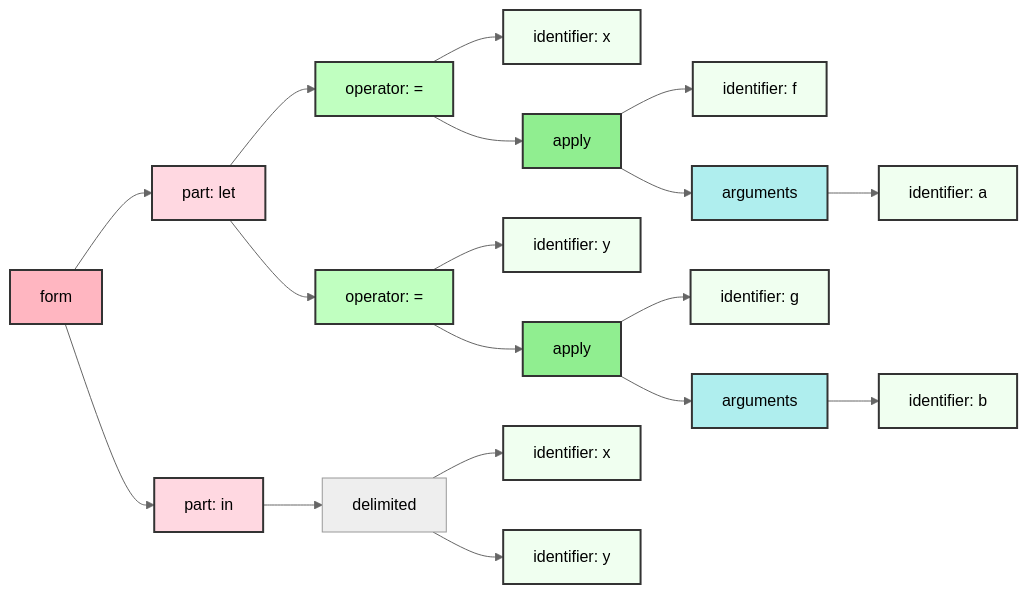
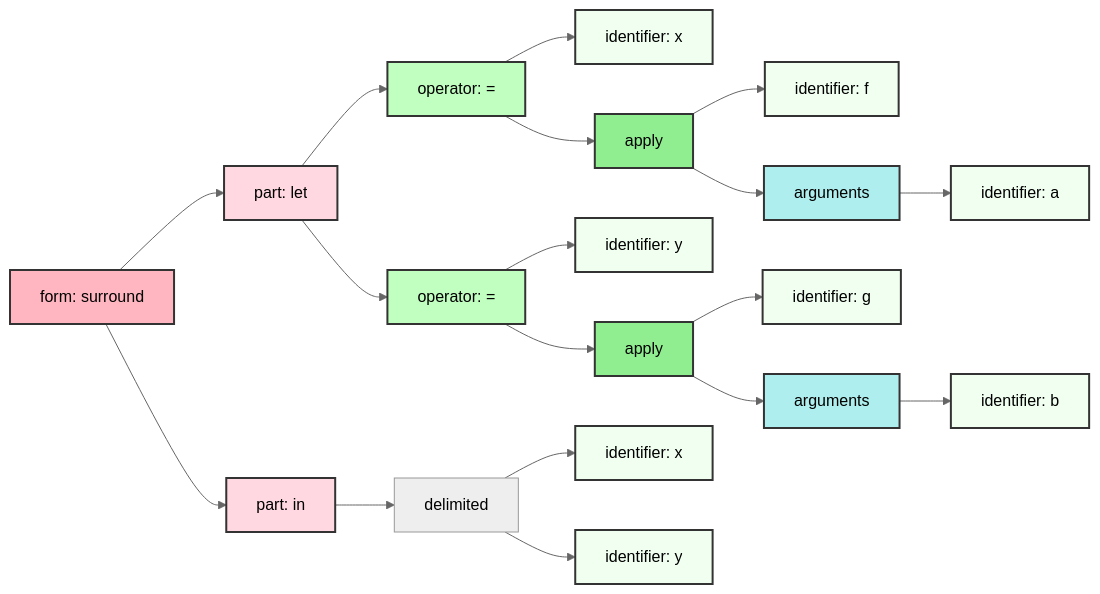
One commit to monogram-project/monogram-go changed the first of 2 diagrams in docs/let.md. Above: the diagram before and after it, drawn with Mermaid (neutral theme). The commit also changed other lines of this file and 15 other files, not shown here.

````diff
--- a/docs/let.md
+++ b/docs/let.md
@@ -22,47 +22,47 @@
 ```mermaid
 graph LR
-  123937589658944["form"]:::custom_form;
-  123937589659024["part: let"]:::custom_part;
-  123937589658944 --> 123937589659024;
-  123937589659104["operator: ="]:::custom_operator;
-  123937589659024 --> 123937589659104;
-  123937589659184["identifier: x"]:::custom_identifier;
-  123937589659104 --> 123937589659184;
-  123937589659264["apply"]:::custom_apply;
-  123937589659104 --> 123937589659264;
-  123937589659344["identifier: f"]:::custom_identifier;
-  123937589659264 --> 123937589659344;
-  123937589659424["arguments"]:::custom_arguments;
-  123937589659264 --> 123937589659424;
-  123937589659504["identifier: a"]:::custom_identifier;
-  123937589659424 --> 123937589659504;
-  123937589659584["operator: ="]:::custom_operator;
-  123937589659024 --> 123937589659584;
-  123937589659664["identifier: y"]:::custom_identifier;
-  123937589659584 --> 123937589659664;
-  123937589659744["apply"]:::custom_apply;
-  123937589659584 --> 123937589659744;
-  123937589659824["identifier: g"]:::custom_identifier;
-  123937589659744 --> 123937589659824;
-  123937589659904["arguments"]:::custom_arguments;
-  123937589659744 --> 123937589659904;
-  123937589659984["identifier: b"]:::custom_identifier;
-  123937589659904 --> 123937589659984;
-  123937589660064["part: in"]:::custom_part;
-  123937589658944 --> 123937589660064;
-  123937589660144["delimited"]:::custom_delimited;
-  123937589660064 --> 123937589660144;
-  123937589660224["identifier: x"]:::custom_identifier;
-  123937589660144 --> 123937589660224;
-  123937589660304["identifier: y"]:::custom_identifier;
-  123937589660144 --> 123937589660304;
+  136060684305728["form: surround"]:::custom_form;
+  136060684305808["part: let"]:::custom_part;
+  136060684305728 --> 136060684305808;
+  136060684305888["operator: ="]:::custom_operator;
+  136060684305808 --> 136060684305888;
+  136060684305968["identifier: x"]:::custom_identifier;
+  136060684305888 --> 136060684305968;
+  136060684306048["apply"]:::custom_apply;
+  136060684305888 --> 136060684306048;
+  136060684306128["identifier: f"]:::custom_identifier;
+  136060684306048 --> 136060684306128;
+  136060684306208["arguments"]:::custom_arguments;
+  136060684306048 --> 136060684306208;
+  136060684306288["identifier: a"]:::custom_identifier;
+  136060684306208 --> 136060684306288;
+  136060684306368["operator: ="]:::custom_operator;
+  136060684305808 --> 136060684306368;
+  136060684306448["identifier: y"]:::custom_identifier;
+  136060684306368 --> 136060684306448;
+  136060684306528["apply"]:::custom_apply;
+  136060684306368 --> 136060684306528;
+  136060684306608["identifier: g"]:::custom_identifier;
+  136060684306528 --> 136060684306608;
+  136060684306688["arguments"]:::custom_arguments;
+  136060684306528 --> 136060684306688;
+  136060684306768["identifier: b"]:::custom_identifier;
+  136060684306688 --> 136060684306768;
+  136060684306848["part: in"]:::custom_part;
+  136060684305728 --> 136060684306848;
+  136060684306928["delimited"]:::custom_delimited;
+  136060684306848 --> 136060684306928;
+  136060684307008["identifier: x"]:::custom_identifier;
+  136060684306928 --> 136060684307008;
+  136060684307088["identifier: y"]:::custom_identifier;
+  136060684306928 --> 136060684307088;
 
 classDef custom_form fill:lightpink,stroke:#333,stroke-width:2px;
 classDef custom_part fill:#FFD8E1,stroke:#333,stroke-width:2px;
 classDef custom_apply fill:lightgreen,stroke:#333,stroke-width:2px;
 classDef custom_identifier fill:Honeydew,stroke:#333,stroke-width:2px;
 classDef custom_arguments fill:PaleTurquoise,stroke:#333,stroke-width:2px;
 classDef custom_operator fill:#C0FFC0,stroke:#333,stroke-width:2px;
 classDef custom_number fill:lightgoldenrodyellow,stroke:#333,stroke-width:2px;
 
 ```
````
